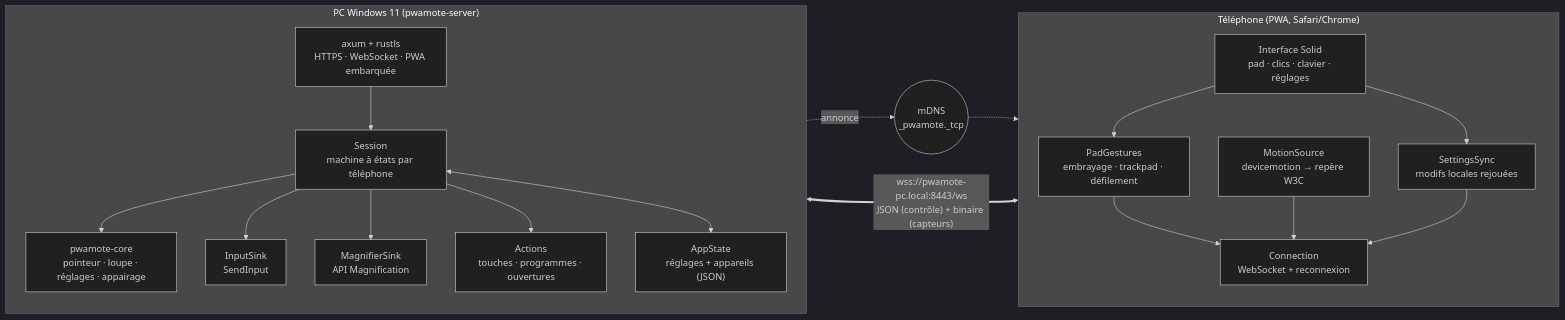
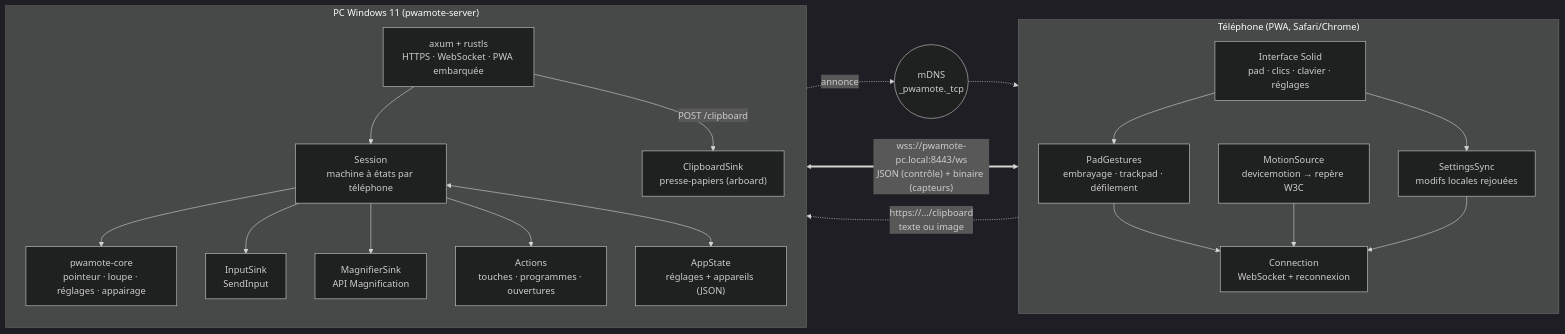
One commit to wardensfx/pwamote changed the first of 18 diagrams in docs/architecture.md. Above: the diagram before and after it, drawn with Mermaid (dark theme). The commit also changed other lines of this file and 23 other files, not shown here.

First line of the commit message:
feat: presse-papiers du téléphone vers le PC (texte et images)

````diff
--- a/docs/architecture.md
+++ b/docs/architecture.md
@@ -7,34 +7,37 @@
 ```mermaid
 flowchart LR
   subgraph Phone["Téléphone (PWA, Safari/Chrome)"]
     direction TB
     UI["Interface Solid<br/>pad · clics · clavier · réglages"]
     MOT["MotionSource<br/>devicemotion → repère W3C"]
     PAD["PadGestures<br/>embrayage · trackpad · défilement"]
     SYNC["SettingsSync<br/>modifs locales rejouées"]
     CONN["Connection<br/>WebSocket + reconnexion"]
     UI --> PAD --> CONN
     MOT --> CONN
     UI --> SYNC --> CONN
   end
 
   subgraph PC["PC Windows 11 (pwamote-server)"]
     direction TB
     WEB["axum + rustls<br/>HTTPS · WebSocket · PWA embarquée"]
     SES["Session<br/>machine à états par téléphone"]
     CORE["pwamote-core<br/>pointeur · loupe · réglages · appairage"]
     IN["InputSink<br/>SendInput"]
     MAG["MagnifierSink<br/>API Magnification"]
+    CLIP["ClipboardSink<br/>presse-papiers (arboard)"]
     ACT["Actions<br/>touches · programmes · ouvertures"]
     ST["AppState<br/>réglages + appareils (JSON)"]
     WEB --> SES --> CORE
     SES --> IN
     SES --> MAG
     SES --> ACT
     SES <--> ST
+    WEB -- "POST /clipboard" --> CLIP
   end
 
   CONN <== "wss://pwamote-pc.local:8443/ws<br/>JSON (contrôle) + binaire (capteurs)" ==> WEB
+  UI -. "https://…/clipboard<br/>texte ou image" .-> WEB
   MDNS(("mDNS<br/>_pwamote._tcp")) -.-> Phone
   WEB -.annonce.-> MDNS
 ```
````
